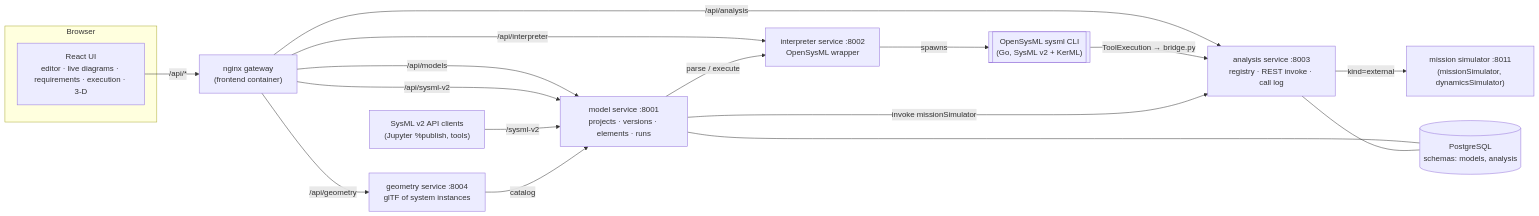
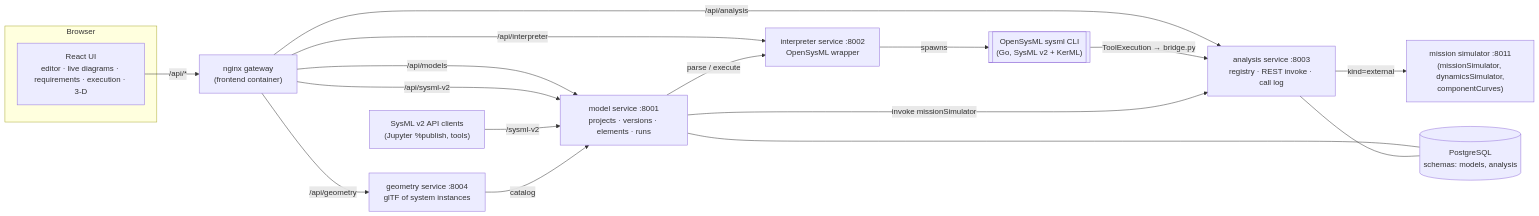
Before and after one commit to jaydeanmartin/sysml: the diagram in README.md, drawn with Mermaid. The commit also changed other lines of this file and 17 other files, not shown here.

````diff
--- a/README.md
+++ b/README.md
@@ -5,21 +5,21 @@
 ```mermaid
 flowchart LR
   subgraph Browser
     UI["React UI<br/>editor · live diagrams · requirements · execution · 3-D"]
   end
   UI -->|/api/*| GW["nginx gateway<br/>(frontend container)"]
   GW -->|/api/models| MS["model service :8001<br/>projects · versions · elements · runs"]
   GW -->|/api/sysml-v2| MS
   CL["SysML v2 API clients<br/>(Jupyter %publish, tools)"] -->|/sysml-v2| MS
   GW -->|/api/analysis| AS["analysis service :8003<br/>registry · REST invoke · call log"]
   GW -->|/api/interpreter| IS["interpreter service :8002<br/>OpenSysML wrapper"]
   GW -->|/api/geometry| GS["geometry service :8004<br/>glTF of system instances"]
   GS -->|catalog| MS
   MS -->|parse / execute| IS
   IS -->|spawns| OS[["OpenSysML sysml CLI<br/>(Go, SysML v2 + KerML)"]]
   OS -->|ToolExecution → bridge.py| AS
-  AS -->|kind=external| SIM["mission simulator :8011<br/>(missionSimulator, dynamicsSimulator)"]
+  AS -->|kind=external| SIM["mission simulator :8011<br/>(missionSimulator, dynamicsSimulator,<br/>componentCurves)"]
   MS -->|invoke missionSimulator| AS
   MS --- PG[(PostgreSQL<br/>schemas: models, analysis)]
   AS --- PG
 ```
````
